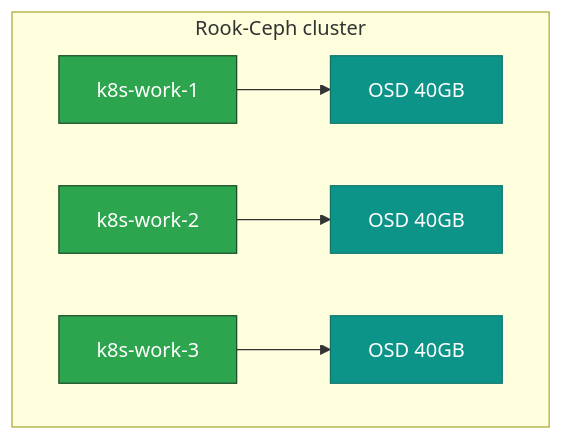
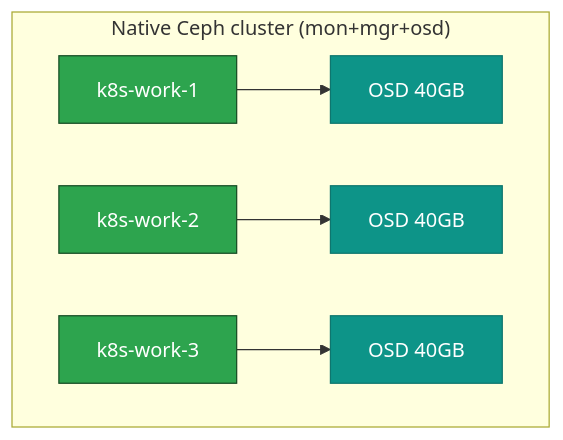
Before and after one commit to bahman-farhadian/kubernetes-lab: the diagram in 11-storage-ceph.md, drawn with Mermaid. The commit also changed other lines of this file and 16 other files, not shown here.

````diff
--- a/11-storage-ceph.md
+++ b/11-storage-ceph.md
@@ -13,12 +121,12 @@
 ```mermaid
 flowchart TB
-    subgraph Ceph["Rook-Ceph cluster"]
+    subgraph Ceph["Native Ceph cluster (mon+mgr+osd)"]
         direction LR
         W1["k8s-work-1"]:::worker --> O1["OSD 40GB"]:::storage
         W2["k8s-work-2"]:::worker --> O2["OSD 40GB"]:::storage
         W3["k8s-work-3"]:::worker --> O3["OSD 40GB"]:::storage
     end
 
     classDef worker fill:#2da44e,stroke:#164c24,color:#ffffff
     classDef storage fill:#0d9488,stroke:#0f766e,color:#ffffff
 ```
````
